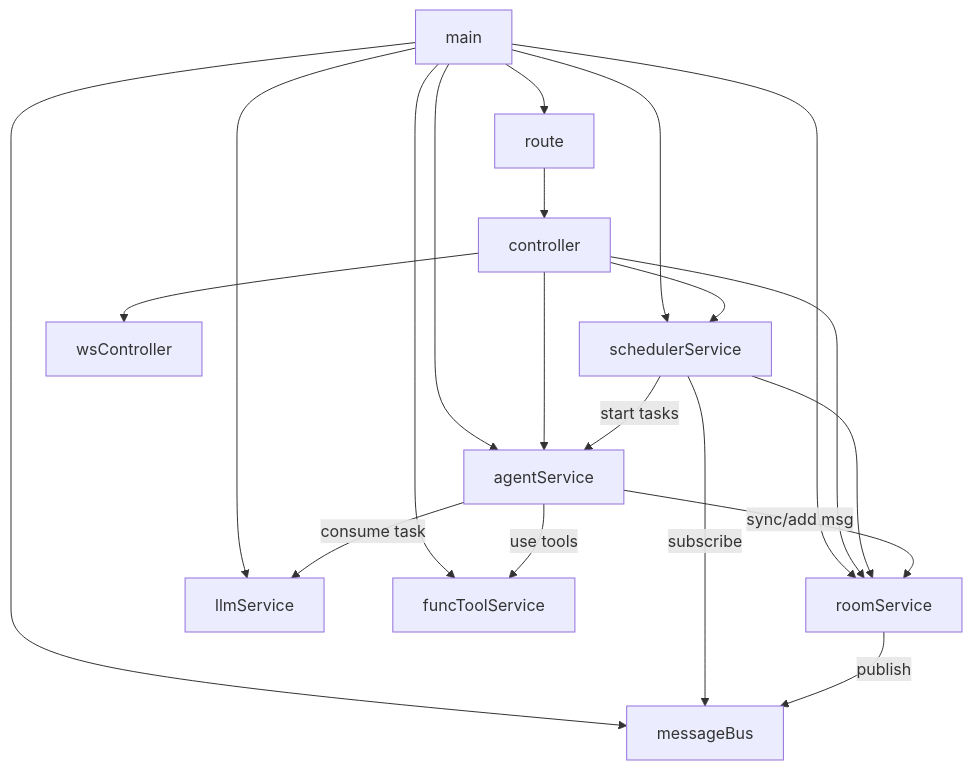
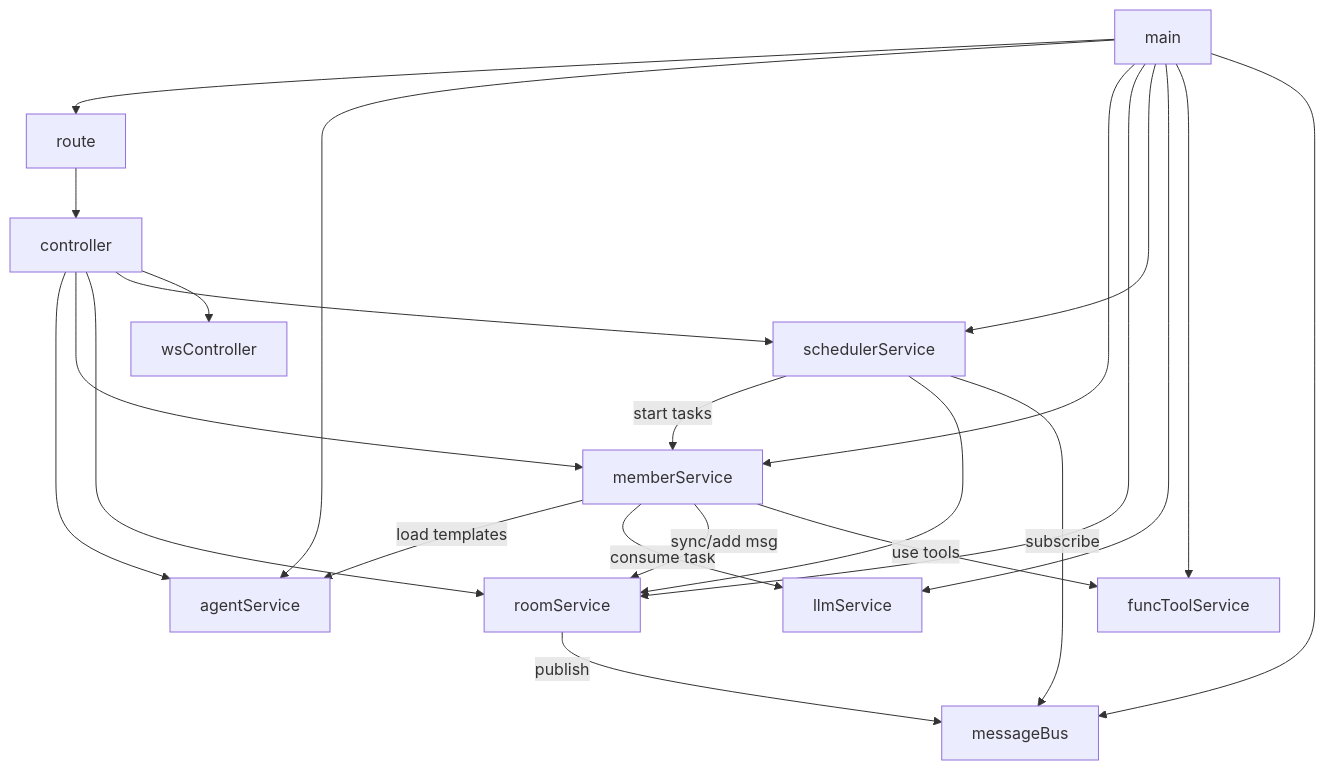
One commit to alexazhou/TogoSpace changed the diagram in docs/tech/service_dependencies.md. Above: the diagram before and after it, drawn with Mermaid. The commit also changed other lines of this file, not shown here.

Commit message:
docs: update service_dependencies.md to reflect agentService/memberService split

````diff
--- a/docs/tech/service_dependencies.md
+++ b/docs/tech/service_dependencies.md
@@ -3,26 +3,29 @@
 ```mermaid
 graph TD
     main --> route
     main --> agentService
+    main --> memberService
     main --> roomService
     main --> schedulerService
     main --> llmService
     main --> funcToolService
     main --> messageBus
 
     route --> controller
     controller --> agentService
+    controller --> memberService
     controller --> roomService
     controller --> schedulerService
     controller --> wsController
 
-    schedulerService -->|start tasks| agentService
+    schedulerService -->|start tasks| memberService
     schedulerService --> roomService
     schedulerService -->|subscribe| messageBus
 
-    agentService -->|consume task| llmService
-    agentService -->|sync/add msg| roomService
-    agentService -->|use tools| funcToolService
+    memberService -->|load templates| agentService
+    memberService -->|consume task| llmService
+    memberService -->|sync/add msg| roomService
+    memberService -->|use tools| funcToolService
 
     roomService -->|publish| messageBus
 ```
````
